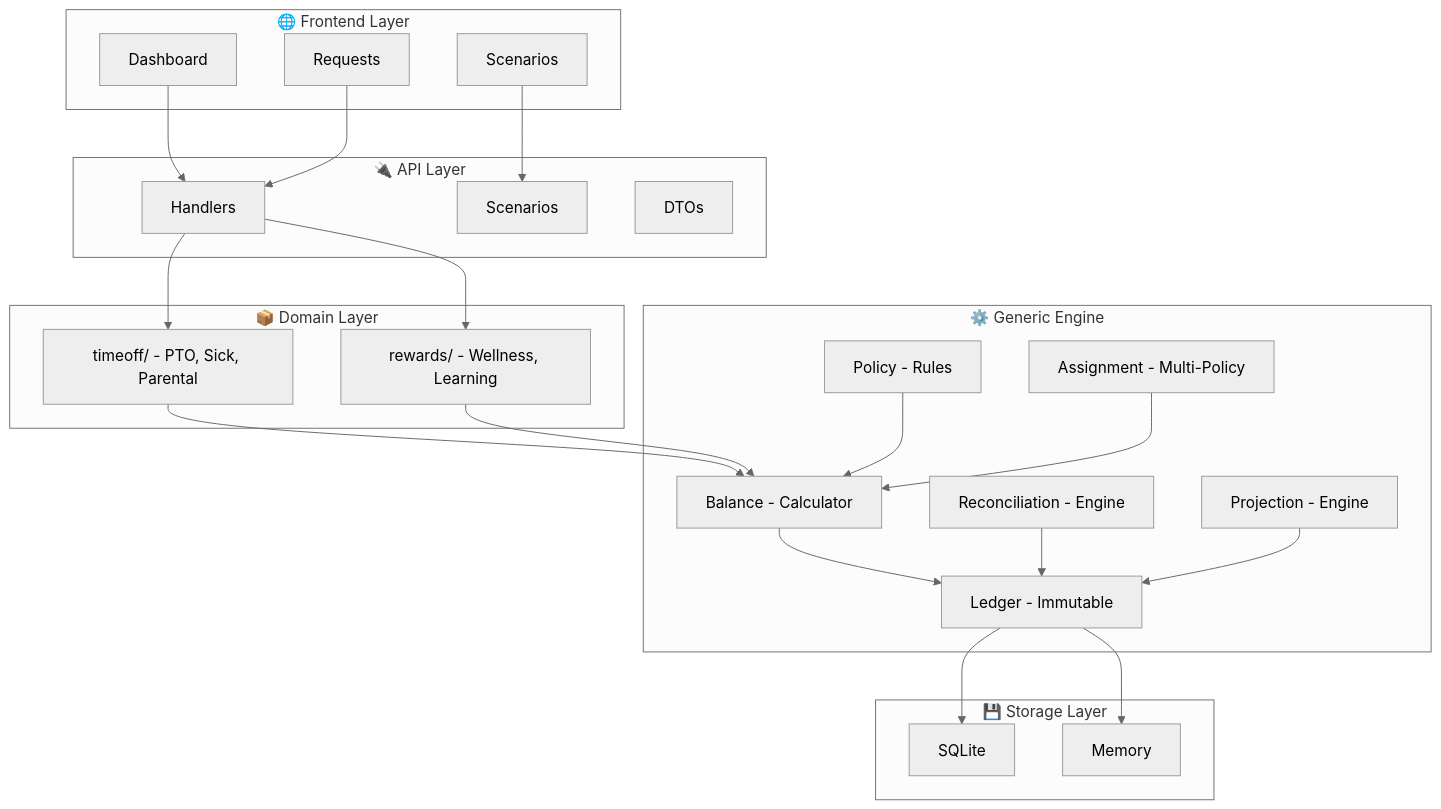
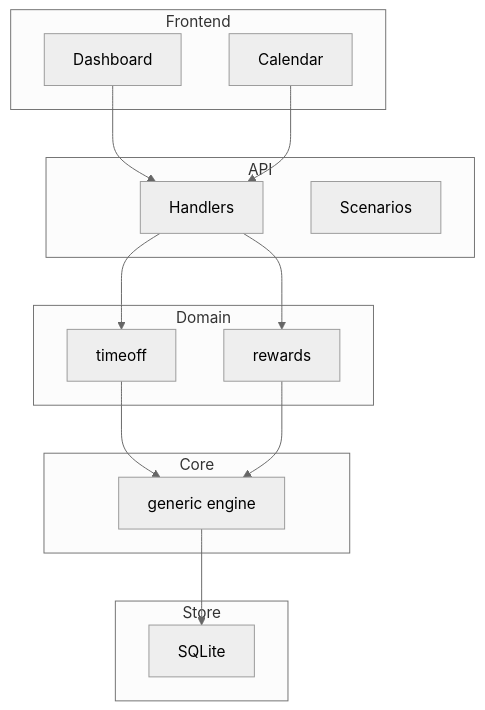
One commit to AntoineToussaint/timeoff changed the second of 2 diagrams in README.md. Above: the diagram before and after it, drawn with Mermaid (neutral theme). The commit also changed other lines of this file, not shown here.

Commit message:
Simplify README - concise with working diagrams

````diff
--- a/README.md
+++ b/README.md
@@ -116,54 +99,33 @@
 ```mermaid
 graph TB
-    subgraph Frontend["🌐 Frontend Layer"]
+    subgraph Frontend
         DASH[Dashboard]
-        SCEN[Scenarios]
-        REQ[Requests]
+        CAL[Calendar]
     end
     
-    subgraph API["🔌 API Layer"]
+    subgraph API
         HAND[Handlers]
-        SCENAPI[Scenarios]
-        DTO[DTOs]
+        SCEN[Scenarios]
     end
     
-    subgraph Domain["📦 Domain Layer"]
-        TO_DOM[timeoff/ - PTO, Sick, Parental]
-        RW_DOM[rewards/ - Wellness, Learning]
+    subgraph Domain
+        TO[timeoff]
+        RW[rewards]
     end
     
-    subgraph Engine["⚙️ Generic Engine"]
-        BAL_ENG[Balance - Calculator]
-        REC_ENG[Reconciliation - Engine]
-        LED_ENG[Ledger - Immutable]
-        PROJ_ENG[Projection - Engine]
-        POL_ENG[Policy - Rules]
-        ASS_ENG[Assignment - Multi-Policy]
+    subgraph Core
+        GEN[generic engine]
     end
     
-    subgraph Storage["💾 Storage Layer"]
-        SQLITE[SQLite]
-        MEM_STORE[Memory]
+    subgraph Store
+        SQL[SQLite]
     end
     
     DASH --> HAND
-    SCEN --> SCENAPI
-    REQ --> HAND
-    
-    HAND --> TO_DOM
-    HAND --> RW_DOM
-    
-    TO_DOM --> BAL_ENG
-    RW_DOM --> BAL_ENG
-    
-    BAL_ENG --> LED_ENG
-    REC_ENG --> LED_ENG
-    PROJ_ENG --> LED_ENG
-    
-    LED_ENG --> SQLITE
-    LED_ENG --> MEM_STORE
-    
-    POL_ENG --> BAL_ENG
-    ASS_ENG --> BAL_ENG
-    
+    CAL --> HAND
+    HAND --> TO
+    HAND --> RW
+    TO --> GEN
+    RW --> GEN
+    GEN --> SQL
 ```
````
